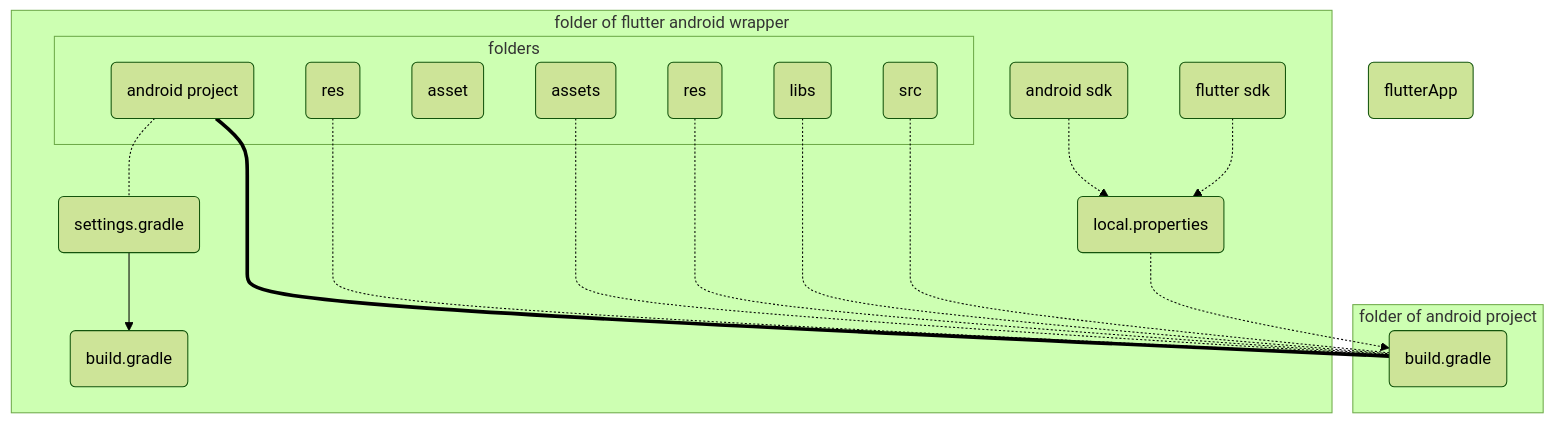
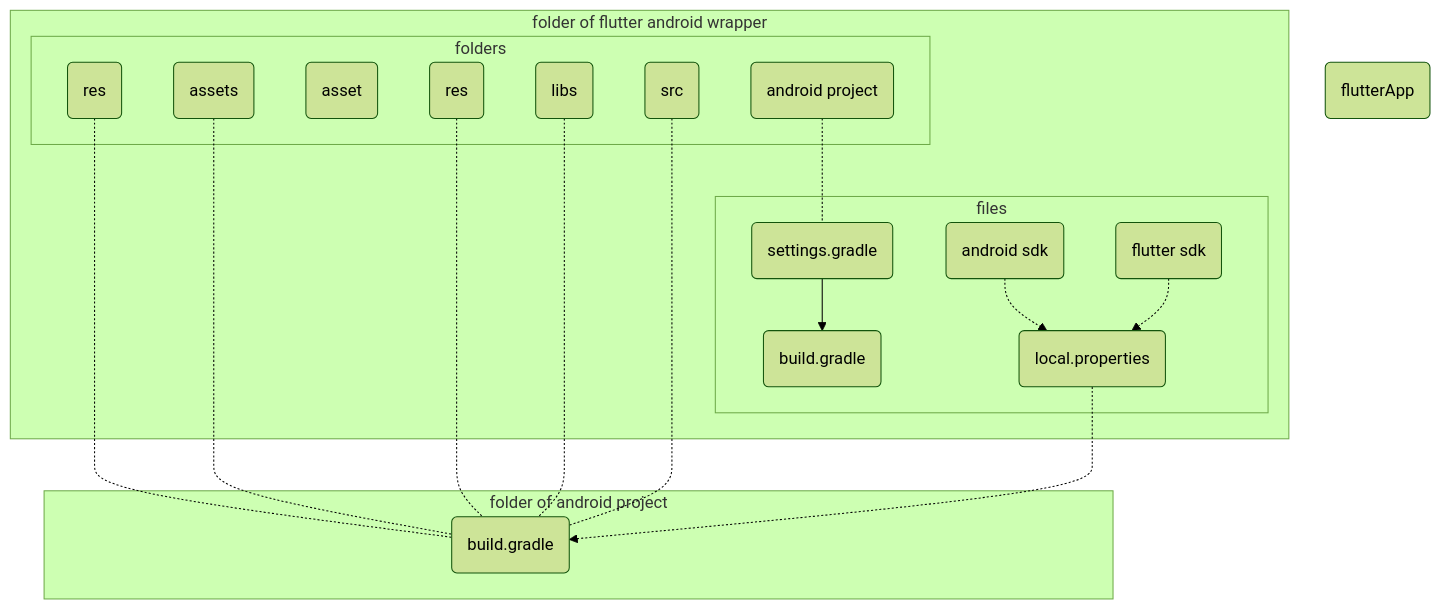
One commit to gordianknotC/nxp_note changed the second of 2 diagrams in flutter/addAndroidProjIntoFlutter.md. Above: the diagram before and after it, drawn with Mermaid (forest theme). The commit also changed other lines of this file, not shown here.

Commit message:
flutter/addAndroidProjIntoFlutter.md updated from https://stackedit.io/

````diff
--- a/flutter/addAndroidProjIntoFlutter.md
+++ b/flutter/addAndroidProjIntoFlutter.md
@@ -228,37 +228,40 @@
 ```mermaid
 graph TB
 	F(flutterApp)
 	subgraph folder of flutter android wrapper
-		WS(settings.gradle) --> WB(build.gradle)
-		WL(local.properties)
-		WL1(android sdk)-.->WL
-		WL2(flutter sdk)-.->WL
+		subgraph files
+			WS(settings.gradle) --> WB(build.gradle)
+			WL(local.properties)
+			WL1(android sdk)-.->WL
+			WL2(flutter sdk)-.->WL
+		end
+		
 		
 		subgraph folders
 			WR(res)
 			WP(android project)
 			WT(asset)
 		end
 	end
 	
 	subgraph folder of android project
 		AB(build.gradle)
 		 subgraph folders
 			 AR(res) 
 			 AT(assets)
 			 AL(libs)
 			 AC(src)
 		 end
 	end	 
 	
 	WP -.- WS
-	WP === AB
+
 	WR -.- AB
 	AT -.- AB
 	AR -.- AB
 	AL -.- AB
 	AC -.- AB
 	WL -.-> AB
 	
 
 ```
````
